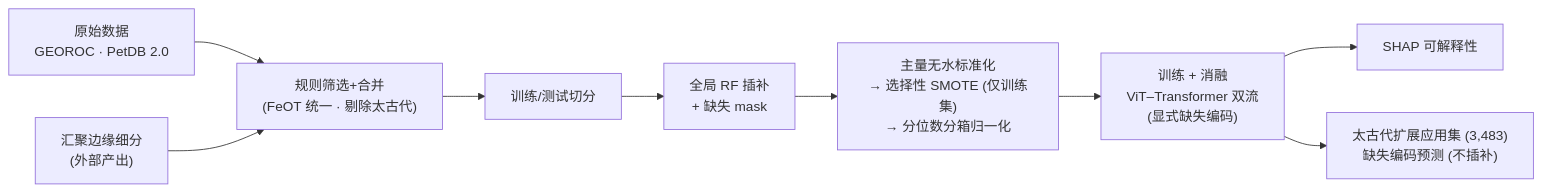
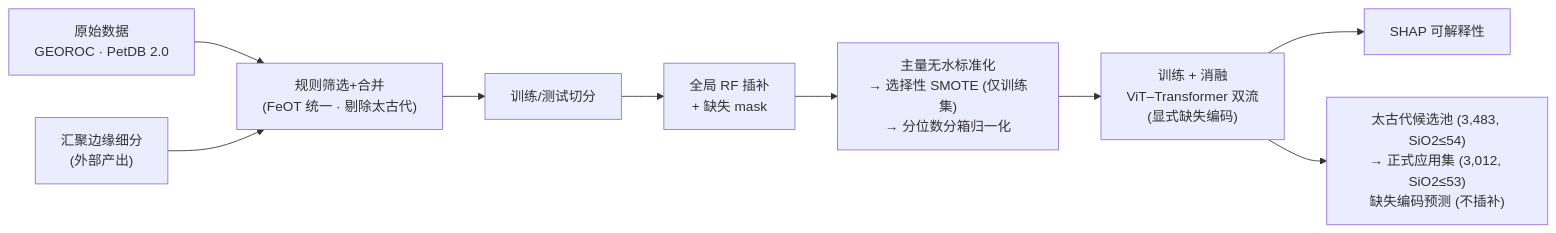
The diagram in README.md (jiunuan/tectnoic_setting_discrimination), drawn with Mermaid before and after one commit. The commit also changed other lines of this file and 14 other files, not shown here.

````diff
--- a/README.md
+++ b/README.md
@@ -40,11 +45,11 @@
 ```mermaid
 flowchart LR
     A["原始数据<br/>GEOROC · PetDB 2.0"] --> B["规则筛选+合并<br/>(FeOT 统一 · 剔除太古代)"]
     CM["汇聚边缘细分<br/>(外部产出)"] --> B
     B --> C["训练/测试切分"]
     C --> D["全局 RF 插补<br/>+ 缺失 mask"]
     D --> E["主量无水标准化<br/>→ 选择性 SMOTE (仅训练集)<br/>→ 分位数分箱归一化"]
     E --> F["训练 + 消融<br/>ViT–Transformer 双流<br/>(显式缺失编码)"]
     F --> G["SHAP 可解释性"]
-    F --> H["太古代扩展应用集 (3,483)<br/>缺失编码预测 (不插补)"]
+    F --> H["太古代候选池 (3,483, SiO2≤54)<br/>→ 正式应用集 (3,012, SiO2≤53)<br/>缺失编码预测 (不插补)"]
 ```
````
